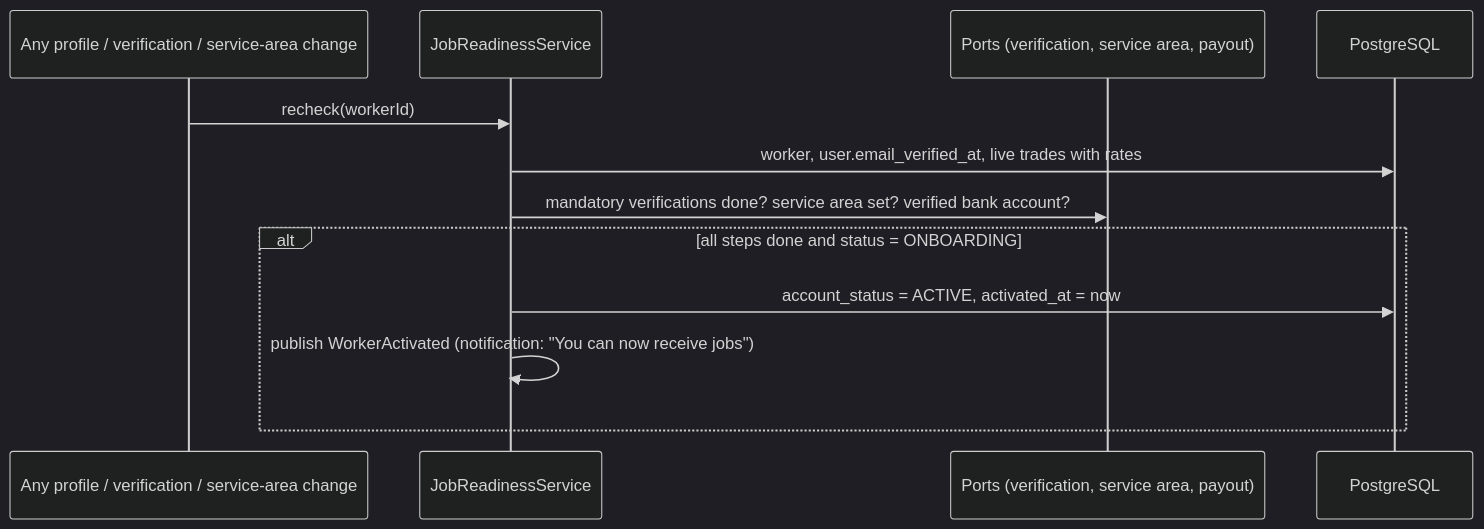
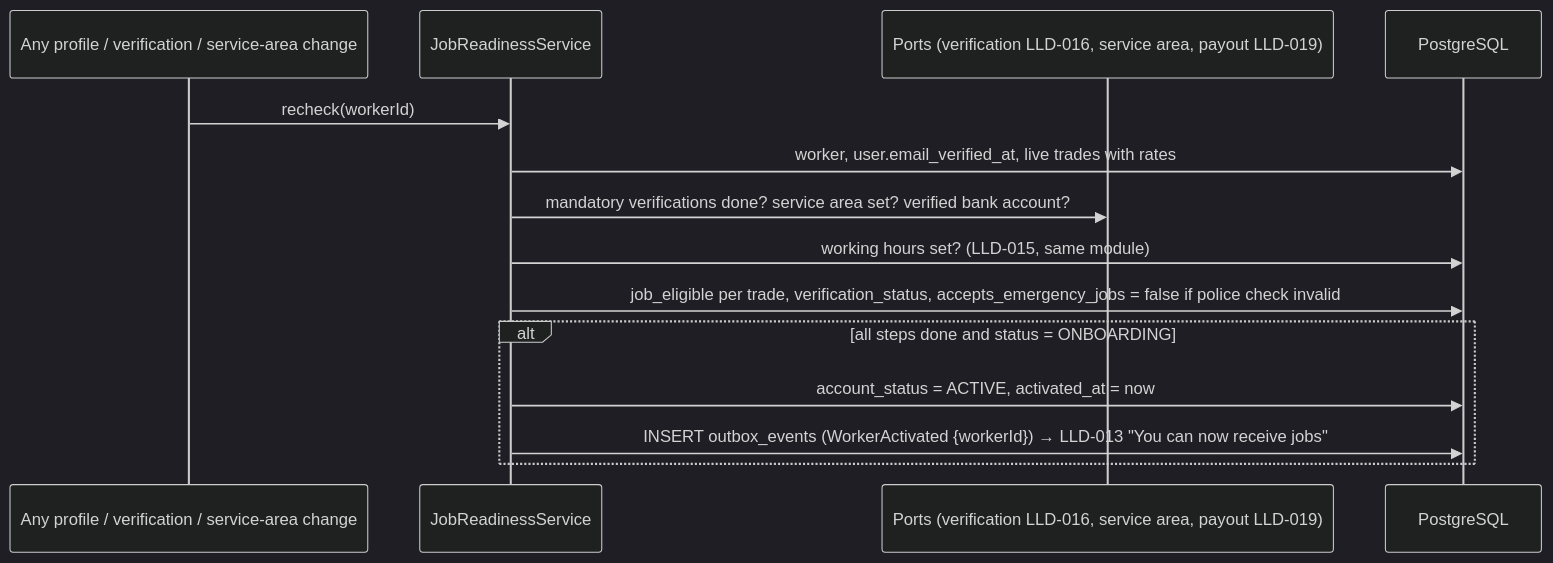
Before and after one commit to kumarprince06/karigar-marketplace: the second of 2 diagrams in docs/lld/lld-004-worker-profile-trades-rates.md, drawn with Mermaid (dark theme). The commit also changed other lines of this file and 32 other files, not shown here.

First line of the commit message:
Complete LLD set (LLD-010 to LLD-022), ADR 0018, cross-doc integration

````diff
--- a/docs/lld/lld-004-worker-profile-trades-rates.md
+++ b/docs/lld/lld-004-worker-profile-trades-rates.md
@@ -337,14 +343,16 @@
 ```mermaid
 sequenceDiagram
     participant Ev as Any profile / verification / service-area change
     participant R as JobReadinessService
-    participant P as Ports (verification, service area, payout)
+    participant P as Ports (verification LLD-016, service area, payout LLD-019)
     participant DB as PostgreSQL
     Ev->>R: recheck(workerId)
     R->>DB: worker, user.email_verified_at, live trades with rates
     R->>P: mandatory verifications done? service area set? verified bank account?
+    R->>DB: working hours set? (LLD-015, same module)
+    R->>DB: job_eligible per trade, verification_status, accepts_emergency_jobs = false if police check invalid
     alt all steps done and status = ONBOARDING
         R->>DB: account_status = ACTIVE, activated_at = now
-        R->>R: publish WorkerActivated (notification: "You can now receive jobs")
+        R->>DB: INSERT outbox_events (WorkerActivated {workerId}) → LLD-013 "You can now receive jobs"
     end
 ```
````
